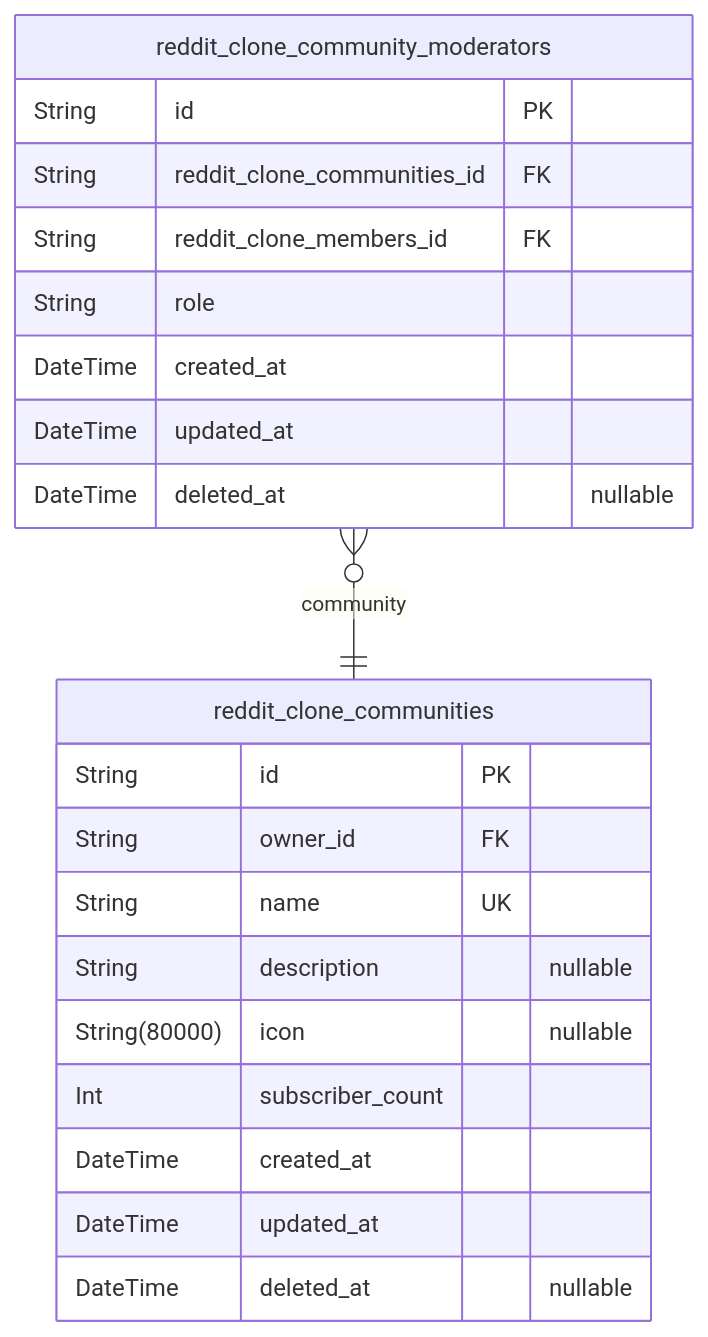
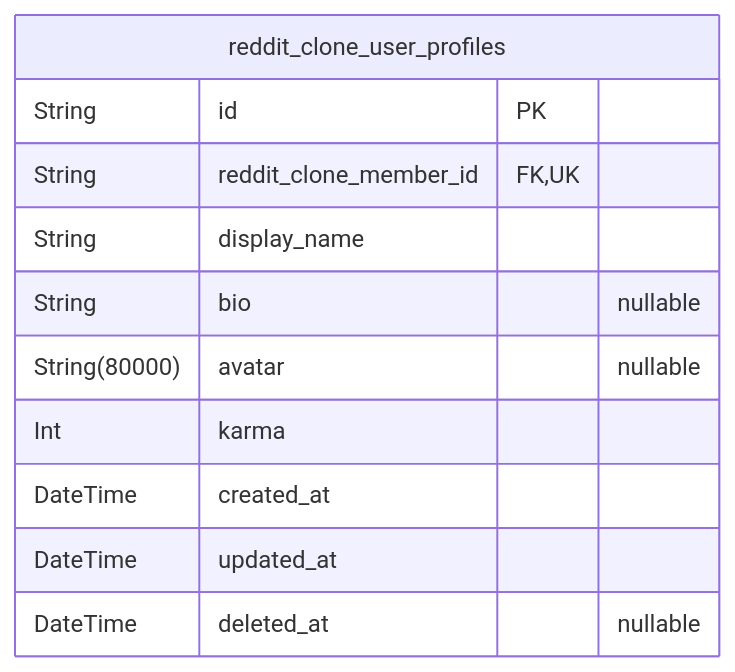
Before and after one commit to wrtnlabs/autobe-examples: the second of 6 diagrams in qwen/qwen3.5-27b/reddit/docs/ERD.md, drawn with Mermaid. The commit also changed other lines of this file and 32093 other files, not shown here.

````diff
--- a/qwen/qwen3.5-27b/reddit/docs/ERD.md
+++ b/qwen/qwen3.5-27b/reddit/docs/ERD.md
@@ -484,24 +475,14 @@
 ```mermaid
 erDiagram
-"reddit_clone_communities" {
+"reddit_clone_user_profiles" {
   String id PK
-  String owner_id FK
-  String name UK
-  String description "nullable"
-  String(80000) icon "nullable"
-  Int subscriber_count
+  String reddit_clone_member_id FK,UK
+  String display_name
+  String bio "nullable"
+  String(80000) avatar "nullable"
+  Int karma
   DateTime created_at
   DateTime updated_at
   DateTime deleted_at "nullable"
 }
-"reddit_clone_community_moderators" {
-  String id PK
-  String reddit_clone_communities_id FK
-  String reddit_clone_members_id FK
-  String role
-  DateTime created_at
-  DateTime updated_at
-  DateTime deleted_at "nullable"
-}
-"reddit_clone_community_moderators" }o--|| "reddit_clone_communities" : community
 ```
````
